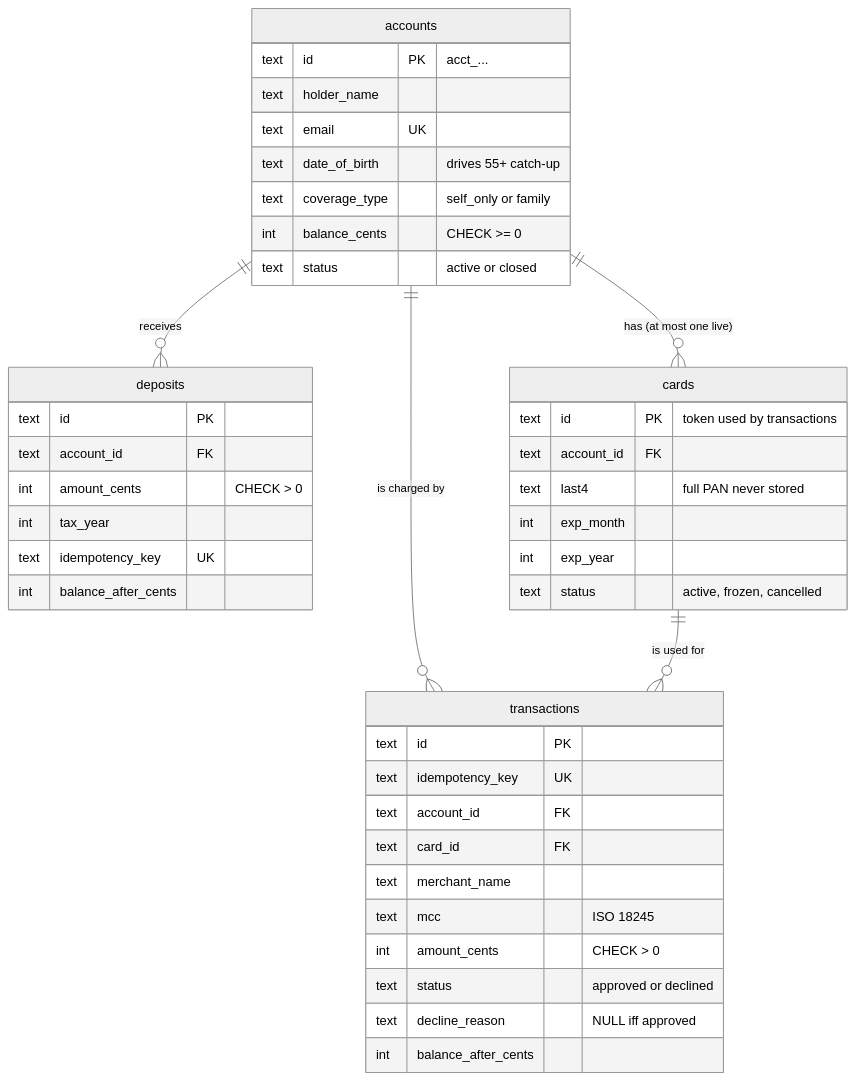
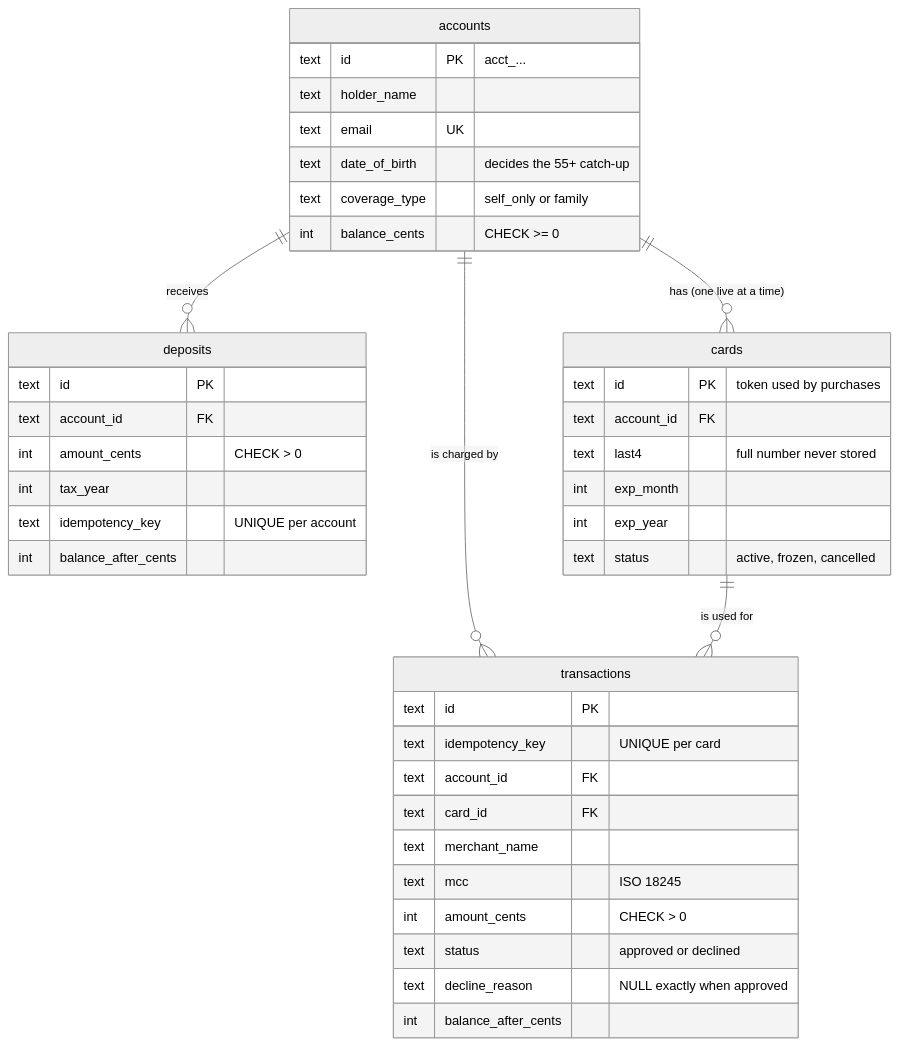
The third of 3 diagrams in architecture.md (racheltcp/hsa-platform), drawn with Mermaid (neutral theme) before and after one commit. The commit also changed other lines of this file and 26 other files, not shown here.

````diff
--- a/architecture.md
+++ b/architecture.md
@@ -81,45 +113,44 @@
 ```mermaid
 erDiagram
     accounts ||--o{ deposits : receives
-    accounts ||--o{ cards : "has (at most one live)"
+    accounts ||--o{ cards : "has (one live at a time)"
     accounts ||--o{ transactions : "is charged by"
     cards ||--o{ transactions : "is used for"
 
     accounts {
         text id PK "acct_..."
         text holder_name
         text email UK
-        text date_of_birth "drives 55+ catch-up"
+        text date_of_birth "decides the 55+ catch-up"
         text coverage_type "self_only or family"
         int balance_cents "CHECK >= 0"
-        text status "active or closed"
     }
     deposits {
         text id PK
         text account_id FK
         int amount_cents "CHECK > 0"
         int tax_year
-        text idempotency_key UK
+        text idempotency_key "UNIQUE per account"
         int balance_after_cents
     }
     cards {
-        text id PK "token used by transactions"
+        text id PK "token used by purchases"
         text account_id FK
-        text last4 "full PAN never stored"
+        text last4 "full number never stored"
         int exp_month
         int exp_year
         text status "active, frozen, cancelled"
     }
     transactions {
         text id PK
-        text idempotency_key UK
+        text idempotency_key "UNIQUE per card"
         text account_id FK
         text card_id FK
         text merchant_name
         text mcc "ISO 18245"
         int amount_cents "CHECK > 0"
         text status "approved or declined"
-        text decline_reason "NULL iff approved"
+        text decline_reason "NULL exactly when approved"
         int balance_after_cents
     }
 ```
````
